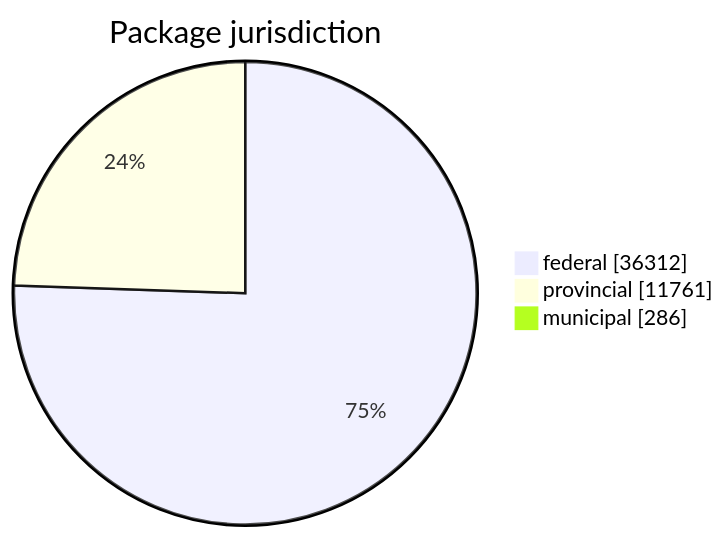
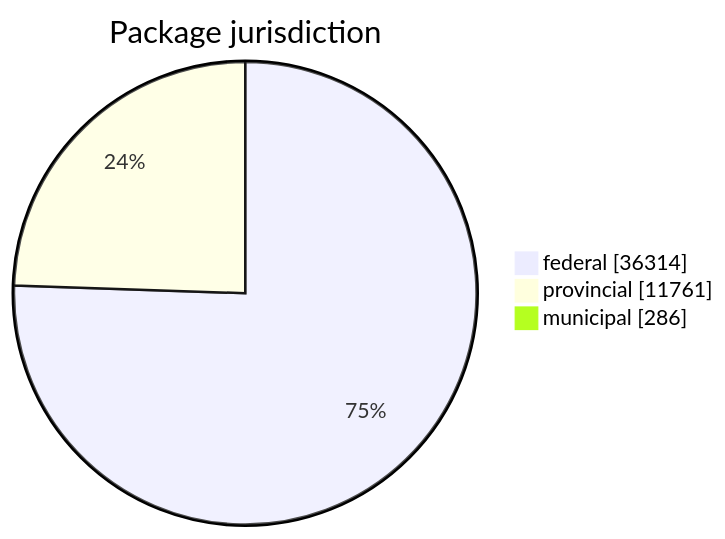
The first of 5 diagrams in FreshCheck/README.md (open-data/analytics-corporate-reporting), drawn with Mermaid before and after one commit. The commit also changed other lines of this file and 3 other files, not shown here.

````diff
--- a/FreshCheck/README.md
+++ b/FreshCheck/README.md
@@ -60,6 +60,6 @@
 ```mermaid
 pie showData title Package jurisdiction
-    "federal": 36312
+    "federal": 36314
     "provincial": 11761
     "municipal": 286
 ```
````
